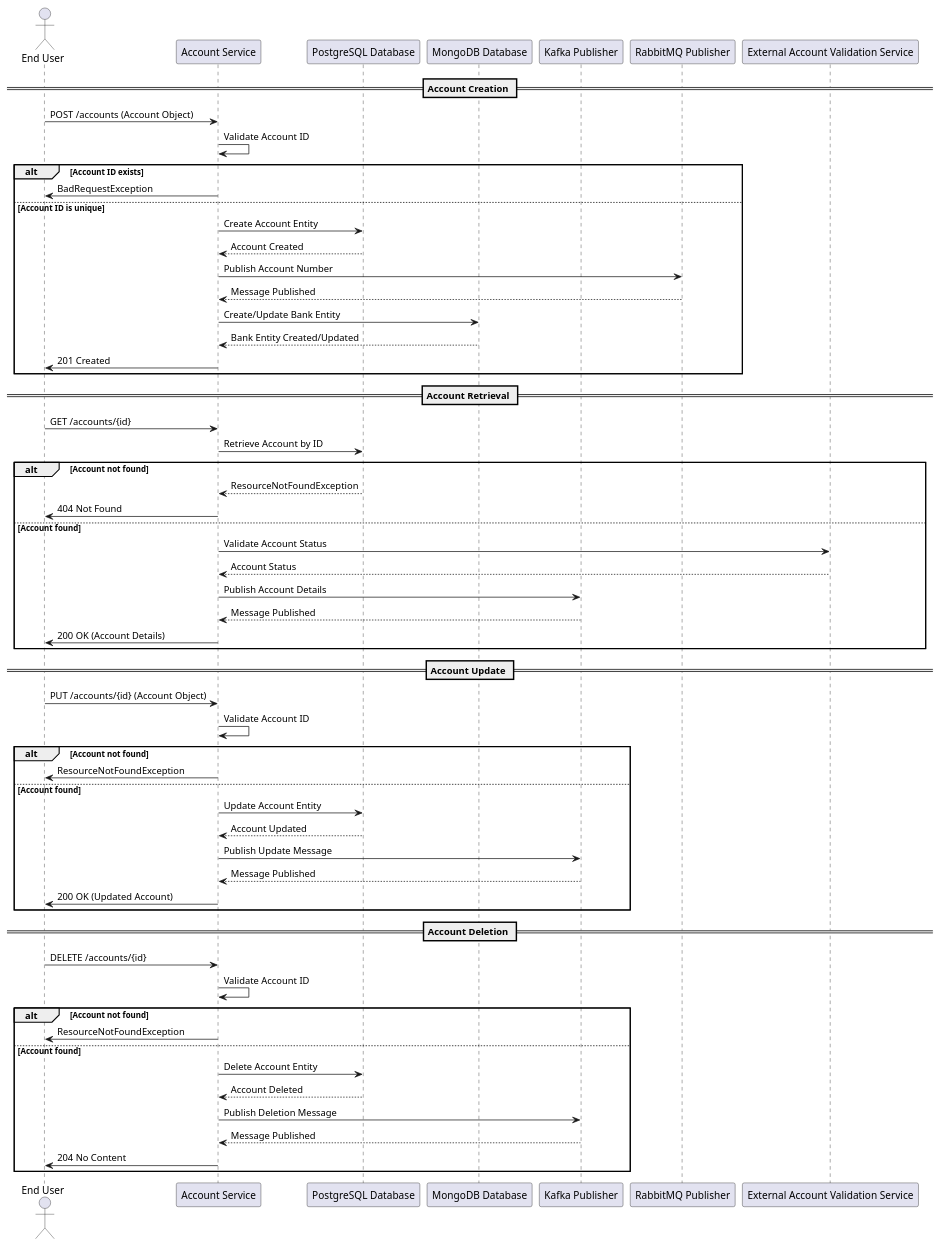
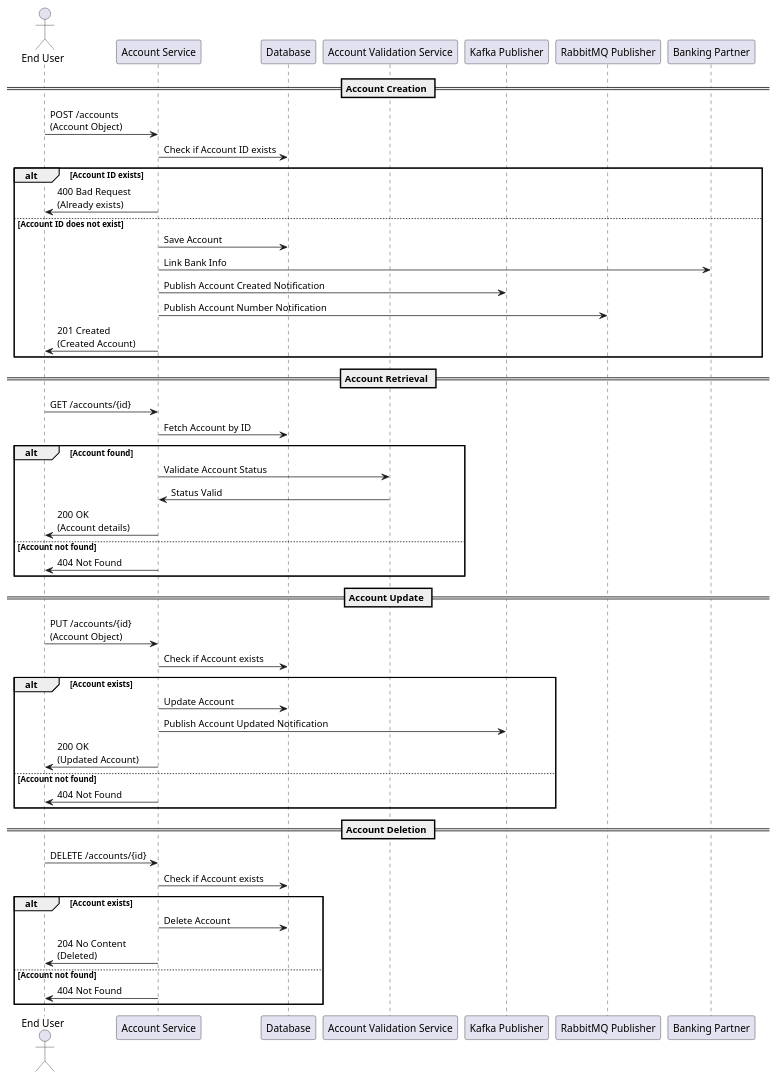
The diagram in design_document/Account_Service.md (Bhaskar-Pavan/AccountService), drawn with PlantUML before and after one commit. The commit also changed other lines of this file, not shown here.

````diff
--- a/design_document/Account_Service.md
+++ b/design_document/Account_Service.md
@@ -37,67 +40,57 @@
 ```plantuml
 @startuml
 actor "End User" as User
-participant "Account Service" as AccountService
-participant "PostgreSQL Database" as PostgreSQL
-participant "MongoDB Database" as MongoDB
+participant "Account Service" as Service
+participant "Database" as DB
+participant "Account Validation Service" as ValidationService
 participant "Kafka Publisher" as Kafka
 participant "RabbitMQ Publisher" as RabbitMQ
-participant "External Account Validation Service" as AccountFeignClient
+participant "Banking Partner" as Bank
 
 == Account Creation ==
-User -> AccountService: POST /accounts (Account Object)
-AccountService -> AccountService: Validate Account ID
+User -> Service : POST /accounts\n(Account Object)
+Service -> DB : Check if Account ID exists
 alt Account ID exists
-    AccountService -> User: BadRequestException
-else Account ID is unique
-    AccountService -> PostgreSQL: Create Account Entity
-    PostgreSQL --> AccountService: Account Created
-    AccountService -> RabbitMQ: Publish Account Number
-    RabbitMQ --> AccountService: Message Published
-    AccountService -> MongoDB: Create/Update Bank Entity
-    MongoDB --> AccountService: Bank Entity Created/Updated
-    AccountService -> User: 201 Created
+    Service -> User : 400 Bad Request\n(Already exists)
+else Account ID does not exist
+    Service -> DB : Save Account
+    Service -> Bank : Link Bank Info
+    Service -> Kafka : Publish Account Created Notification
+    Service -> RabbitMQ : Publish Account Number Notification
+    Service -> User : 201 Created\n(Created Account)
 end
 
 == Account Retrieval ==
-User -> AccountService: GET /accounts/{id}
-AccountService -> PostgreSQL: Retrieve Account by ID
-alt Account not found
-    PostgreSQL --> AccountService: ResourceNotFoundException
-    AccountService -> User: 404 Not Found
-else Account found
-    AccountService -> AccountFeignClient: Validate Account Status
-    AccountFeignClient --> AccountService: Account Status
-    AccountService -> Kafka: Publish Account Details
-    Kafka --> AccountService: Message Published
-    AccountService -> User: 200 OK (Account Details)
+User -> Service : GET /accounts/{id}
+Service -> DB : Fetch Account by ID
+alt Account found
+    Service -> ValidationService : Validate Account Status
+    ValidationService -> Service : Status Valid
+    Service -> User : 200 OK\n(Account details)
+else Account not found
+    Service -> User : 404 Not Found
 end
 
 == Account Update ==
-User -> AccountService: PUT /accounts/{id} (Account Object)
-AccountService -> AccountService: Validate Account ID
-alt Account not found
-    AccountService -> User: ResourceNotFoundException
-else Account found
-    AccountService -> PostgreSQL: Update Account Entity
-    PostgreSQL --> AccountService: Account Updated
-    AccountService -> Kafka: Publish Update Message
-    Kafka --> AccountService: Message Published
-    AccountService -> User: 200 OK (Updated Account)
+User -> Service : PUT /accounts/{id}\n(Account Object)
+Service -> DB : Check if Account exists
+alt Account exists
+    Service -> DB : Update Account
+    Service -> Kafka : Publish Account Updated Notification
+    Service -> User : 200 OK\n(Updated Account)
+else Account not found
+    Service -> User : 404 Not Found
 end
 
 == Account Deletion ==
-User -> AccountService: DELETE /accounts/{id}
-AccountService -> AccountService: Validate Account ID
-alt Account not found
-    AccountService -> User: ResourceNotFoundException
-else Account found
-    AccountService -> PostgreSQL: Delete Account Entity
-    PostgreSQL --> AccountService: Account Deleted
-    AccountService -> Kafka: Publish Deletion Message
-    Kafka --> AccountService: Message Published
-    AccountService -> User: 204 No Content
+User -> Service : DELETE /accounts/{id}
+Service -> DB : Check if Account exists
+alt Account exists
+    Service -> DB : Delete Account
+    Service -> User : 204 No Content\n(Deleted)
+else Account not found
+    Service -> User : 404 Not Found
 end
 
 @enduml
 ```
````
